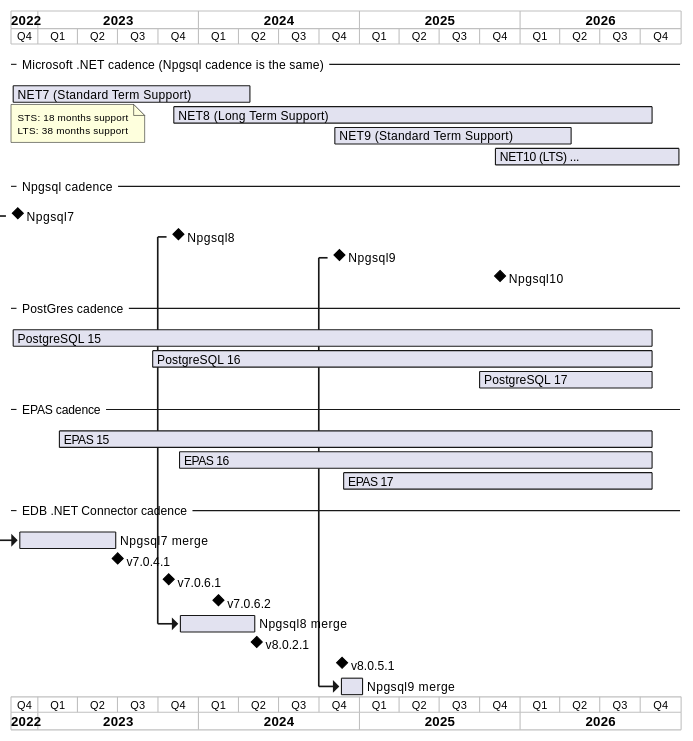
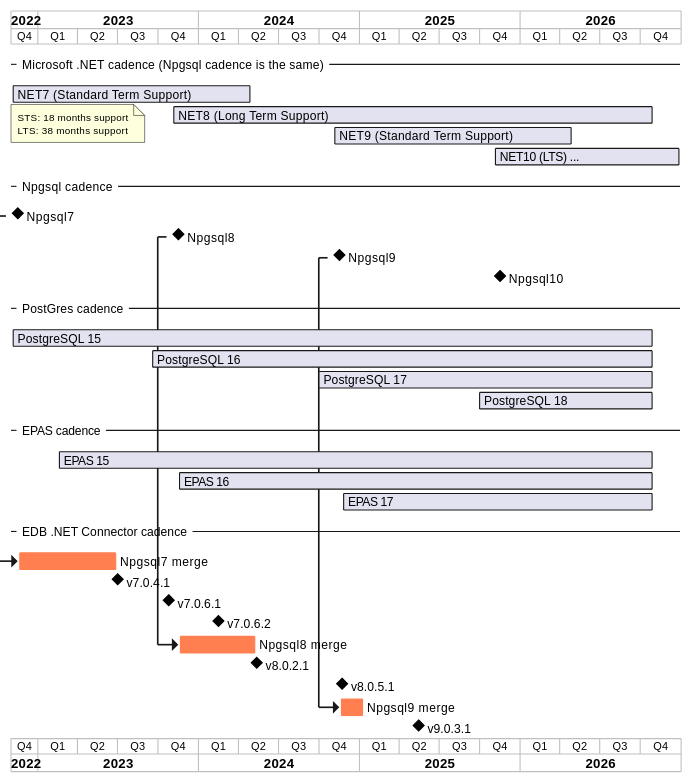
The diagram in edb_docs/tech_docs/general/release_lifecycle.md (xfischer/npgsql), drawn with PlantUML before and after one commit.

````diff
--- a/edb_docs/tech_docs/general/release_lifecycle.md
+++ b/edb_docs/tech_docs/general/release_lifecycle.md
@@ -3,48 +3,52 @@
 ```plantuml
 @startgantt
 projectscale quarterly
 Project starts the 2022-11-01
 
 -- Microsoft .NET cadence (Npgsql cadence is the same) --
 
 [NET7 (Standard Term Support)] as [NET7] starts 2022-11-01 and ends 2024-05-01
 note bottom
     STS: 18 months support
     LTS: 38 months support
 end note
 [NET8 (Long Term Support)] as [NET8] starts 2023-11-01 and ends 2026-11-01
 [NET9 (Standard Term Support)] as [NET9] starts 2024-11-01 and ends 2026-05-01
 [NET10 (LTS) ...] as [NET10] starts 2025-11-01 and ends 2027-01-01
 
 -- Npgsql cadence --
 
 [Npgsql7] happens 15 days after [NET7]'s start
 [Npgsql8] happens 15 days after [NET8]'s start
 [Npgsql9] happens 15 days after [NET9]'s start
 [Npgsql10] happens 15 days after [NET10]'s start
 
 -- PostGres cadence --
 
 [PostgreSQL 15] starts 2022-10-13 and ends 2026-11-01
 [PostgreSQL 16] starts 2023-09-14 and ends 2026-11-01
 [PostgreSQL 17] starts 2024-09-26 and ends 2026-11-01
-[PostgreSQL 17] starts 2025-09-26 and ends 2026-11-01
+[PostgreSQL 18] starts 2025-09-26 and ends 2026-11-01
 
 -- EPAS cadence --
 
 [EPAS 15] starts 2023-02-14 and ends 2026-11-01
 [EPAS 16] starts 2023-11-14 and ends 2026-11-01
 [EPAS 17] starts 2024-11-21 and ends 2026-11-01
 
 -- EDB .NET Connector cadence --
 
 [Npgsql7 merge] starts after [Npgsql7]'s start and ends 2023-07-01
+[Npgsql7 merge] is colored in Coral
 [v7.0.4.1] happens 2023-07-01
 [v7.0.6.1] happens 2023-10-25
 [v7.0.6.2] happens 2024-02-15
 [Npgsql8 merge] starts after [Npgsql8]'s start and ends 2024-05-12
+[Npgsql8 merge] is colored in Coral
 [v8.0.2.1] happens at [Npgsql8 merge]'s end
 [v8.0.5.1] happens 2024-11-22
 [Npgsql9 merge] starts after [Npgsql9]'s start and ends 2025-01-12
+[Npgsql9 merge] is colored in Coral
+[v9.0.3.1] happens 2025-05-15
 @endgantt
 ```
````
